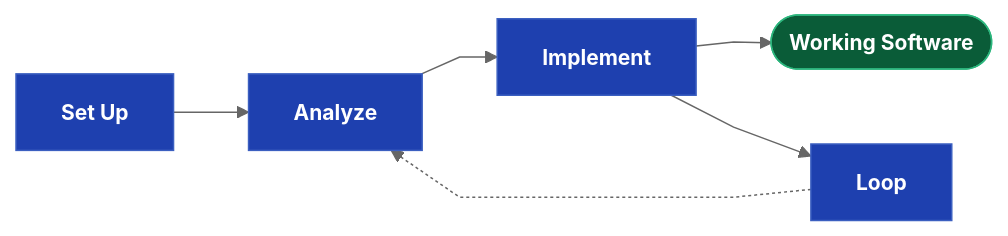
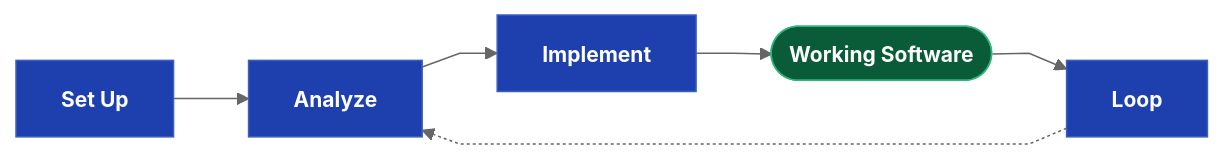
The first of 8 diagrams in docs/Drydock_Specification.md (webcloudstudio/Drydock), drawn with Mermaid before and after one commit. The commit also changed other lines of this file and 4 other files, not shown here.

````diff
--- a/docs/Drydock_Specification.md
+++ b/docs/Drydock_Specification.md
@@ -60,16 +60,16 @@
 ```mermaid
 %%{init: {'theme': 'neutral', 'flowchart': {'curve': 'linear'}, 'themeVariables': {'fontSize': '14px'}}}%%
 flowchart LR
   classDef dir    fill:#0a5c38,stroke:#2cb67d,color:#fff,font-weight:bold
   classDef md     fill:#d4a017,stroke:#a07810,color:#111,font-weight:bold
   classDef script fill:#1e40af,stroke:#3b5fc0,color:#fff,font-weight:bold
   classDef prompt fill:#c2410c,stroke:#ea580c,color:#fff,font-weight:bold
   classDef output fill:#6d28d9,stroke:#8b5cf6,color:#fff,font-weight:bold
   classDef web    fill:#be123c,stroke:#fb7185,color:#fff,font-weight:bold
 
   SETUP["Set Up"]:::script --> ANALYZE["Analyze"]:::script
   ANALYZE --> IMPLEMENT["Implement"]:::script
   IMPLEMENT --> TARGET(["Working Software"]):::dir
-  IMPLEMENT --> LOOP["Loop"]:::script
+  TARGET --> LOOP["Loop"]:::script
   LOOP -.-> ANALYZE
 ```
````
